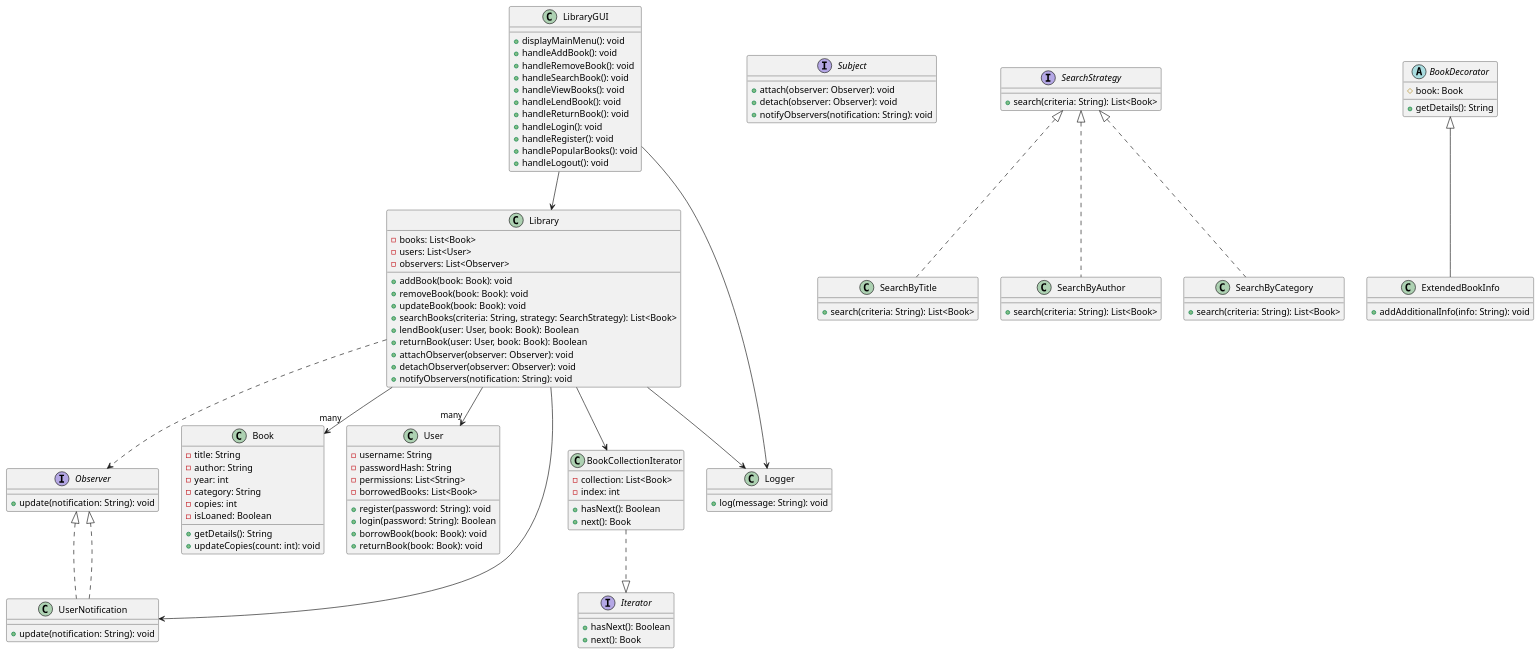
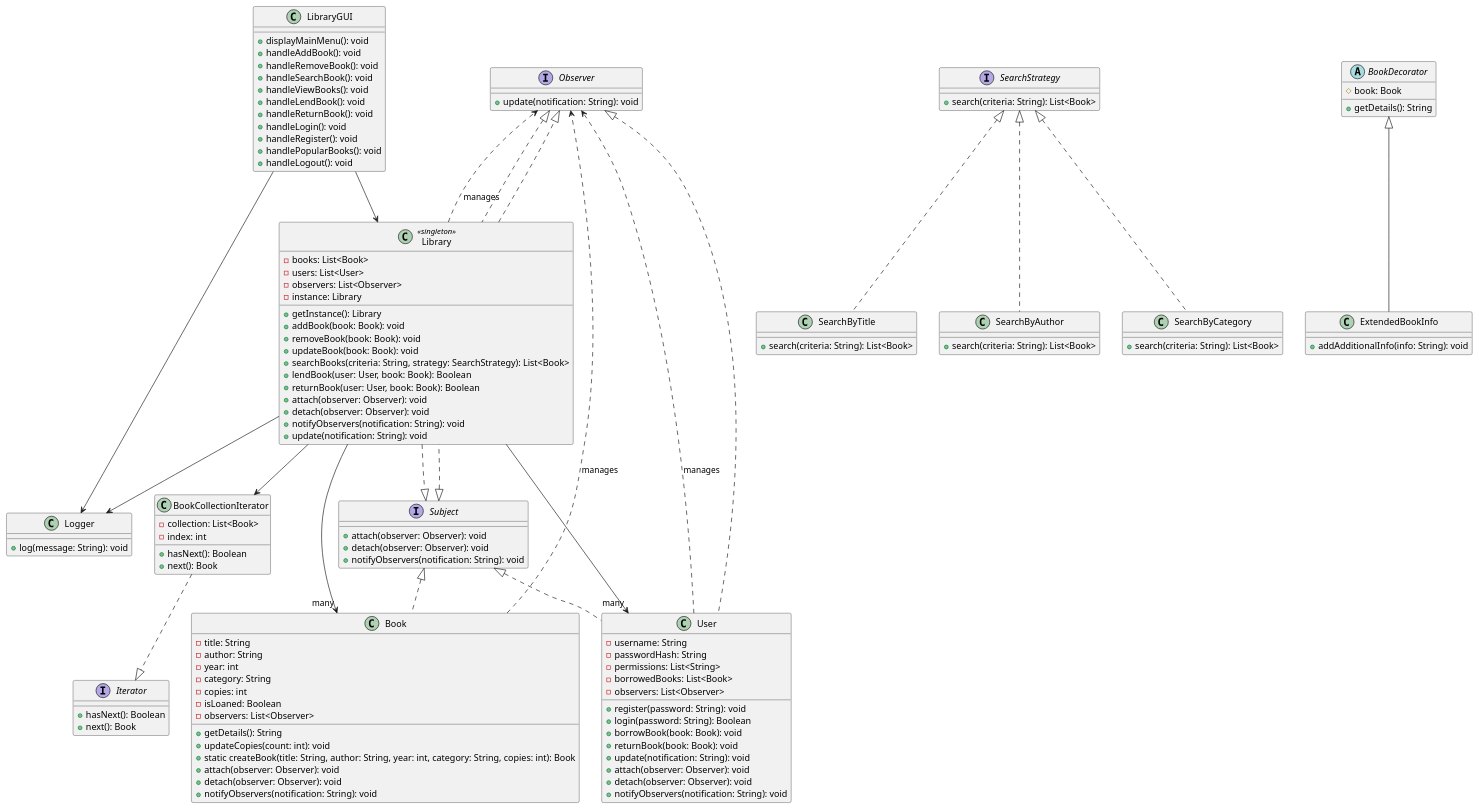
One commit to thelet/Library-Management-System changed the diagram in uml.puml. Above: the diagram before and after it, drawn with PlantUML. The commit also changed 13 other files, not shown here.

```diff
--- a/uml.puml
+++ b/uml.puml
@@ -1,131 +1,152 @@
 @startuml
 
+' <<Interface>> Definitions for Design Patterns
 interface Observer {
     +update(notification: String): void
 }
 
 interface Subject {
     +attach(observer: Observer): void
     +detach(observer: Observer): void
     +notifyObservers(notification: String): void
 }
 
 interface SearchStrategy {
     +search(criteria: String): List<Book>
 }
 
 interface Iterator {
     +hasNext(): Boolean
     +next(): Book
 }
 
-class Book {
+' Book Class with Factory Method and Subject Implementation
+class Book implements Subject {
     - title: String
     - author: String
     - year: int
     - category: String
     - copies: int
     - isLoaned: Boolean
+    - observers: List<Observer>
     + getDetails(): String
     + updateCopies(count: int): void
+    + static createBook(title: String, author: String, year: int, category: String, copies: int): Book
+    + attach(observer: Observer): void
+    + detach(observer: Observer): void
+    + notifyObservers(notification: String): void
 }
 
+' Decorator Pattern for Book
 abstract class BookDecorator {
     # book: Book
     + getDetails(): String
 }
 
 class ExtendedBookInfo {
     + addAdditionalInfo(info: String): void
 }
 
 BookDecorator <|-- ExtendedBookInfo
 
-class User {
+' User Class implementing Observer and Subject
+class User implements Observer, Subject {
     - username: String
     - passwordHash: String
     - permissions: List<String>
     - borrowedBooks: List<Book>
+    - observers: List<Observer>
     + register(password: String): void
     + login(password: String): Boolean
     + borrowBook(book: Book): void
     + returnBook(book: Book): void
+    + update(notification: String): void
+    + attach(observer: Observer): void
+    + detach(observer: Observer): void
+    + notifyObservers(notification: String): void
 }
 
-class Library {
+' Library Class as Singleton, Subject, and Observer
+class Library <<singleton>> implements Subject, Observer {
     - books: List<Book>
     - users: List<User>
     - observers: List<Observer>
+    - instance: Library
+    + getInstance(): Library
     + addBook(book: Book): void
     + removeBook(book: Book): void
     + updateBook(book: Book): void
     + searchBooks(criteria: String, strategy: SearchStrategy): List<Book>
     + lendBook(user: User, book: Book): Boolean
     + returnBook(user: User, book: Book): Boolean
-    + attachObserver(observer: Observer): void
-    + detachObserver(observer: Observer): void
+    + attach(observer: Observer): void
+    + detach(observer: Observer): void
     + notifyObservers(notification: String): void
+    + update(notification: String): void
 }
 
 Library --> "many" Book
 Library --> "many" User
-Library ..> Observer
+Library ..|> Subject
+Library ..|> Observer
 
+' Search Strategies
 class SearchByTitle {
     + search(criteria: String): List<Book>
 }
 
 class SearchByAuthor {
     + search(criteria: String): List<Book>
 }
 
 class SearchByCategory {
     + search(criteria: String): List<Book>
 }
 
 SearchStrategy <|.. SearchByTitle
 SearchStrategy <|.. SearchByAuthor
 SearchStrategy <|.. SearchByCategory
 
+' Iterator for Books
 class BookCollectionIterator {
     - collection: List<Book>
     - index: int
     + hasNext(): Boolean
     + next(): Book
 }
 
 BookCollectionIterator ..|> Iterator
 
 Library --> BookCollectionIterator
 
+' Logger Class
 class Logger {
     + log(message: String): void
 }
 
 Library --> Logger
 
+' GUI Classes
 class LibraryGUI {
     + displayMainMenu(): void
     + handleAddBook(): void
     + handleRemoveBook(): void
     + handleSearchBook(): void
     + handleViewBooks(): void
     + handleLendBook(): void
     + handleReturnBook(): void
     + handleLogin(): void
     + handleRegister(): void
     + handlePopularBooks(): void
     + handleLogout(): void
 }
 
 LibraryGUI --> Library
 LibraryGUI --> Logger
 
-class UserNotification implements Observer {
-    + update(notification: String): void
-}
-
-UserNotification ..|> Observer
-Library --> UserNotification
+' Relationships
+Library ..> Observer : manages
+Book ..> Observer : manages
+User ..> Observer : manages
 
 @enduml
```
